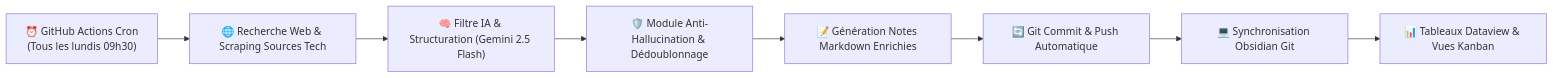
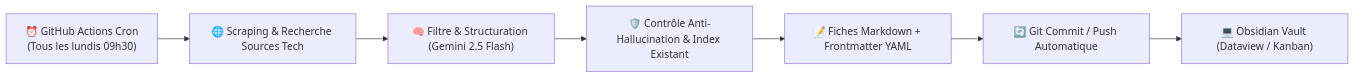
The diagram in 01 - Projects/Stage OnePoint - AI Lab/Fiches Techniques/FT03 - Agent Veille Tech Obsidian.md (emiliejng/second-brain-Emilie), drawn with Mermaid before and after one commit. The commit also changed other lines of this file and 10 other files, not shown here.

````diff
--- a/01 - Projects/Stage OnePoint - AI Lab/Fiches Techniques/FT03 - Agent Veille Tech Obsidian.md
+++ b/01 - Projects/Stage OnePoint - AI Lab/Fiches Techniques/FT03 - Agent Veille Tech Obsidian.md
@@ -35,10 +40,9 @@
 ```mermaid
 flowchart LR
-    A["⏰ GitHub Actions Cron<br>(Tous les lundis 09h30)"] --> B["🌐 Recherche Web & Scraping Sources Tech"]
-    B --> C["🧠 Filtre IA & Structuration (Gemini 2.5 Flash)"]
-    C --> D["🛡️ Module Anti-Hallucination & Dédoublonnage"]
-    D --> E["📝 Génération Notes Markdown Enrichies"]
-    E --> F["🔄 Git Commit & Push Automatique"]
-    F --> G["💻 Synchronisation Obsidian Git"]
-    G --> H["📊 Tableaux Dataview & Vues Kanban"]
+    A["⏰ GitHub Actions Cron<br>(Tous les lundis 09h30)"] --> B["🌐 Scraping & Recherche Sources Tech"]
+    B --> C["🧠 Filtre & Structuration (Gemini 2.5 Flash)"]
+    C --> D["🛡️ Contrôle Anti-Hallucination & Index Existant"]
+    D --> E["📝 Fiches Markdown + Frontmatter YAML"]
+    E --> F["🔄 Git Commit / Push Automatique"]
+    F --> G["💻 Obsidian Vault (Dataview / Kanban)"]
 ```
````
